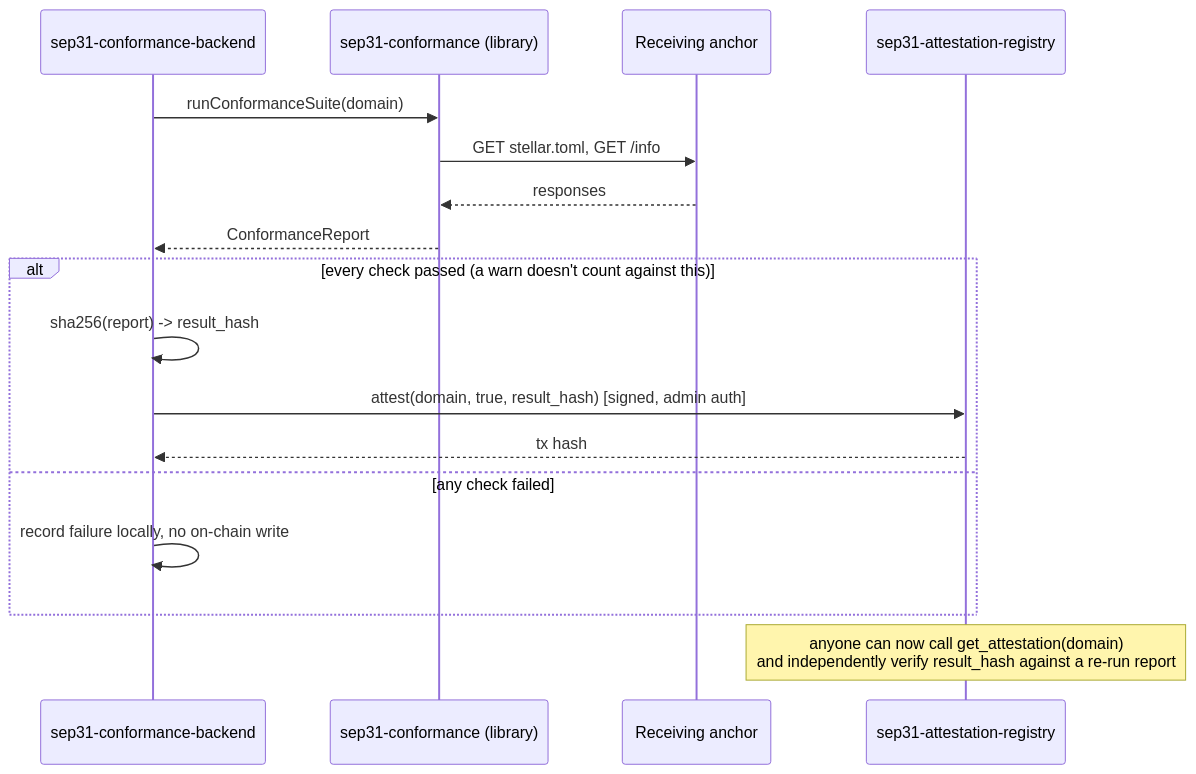
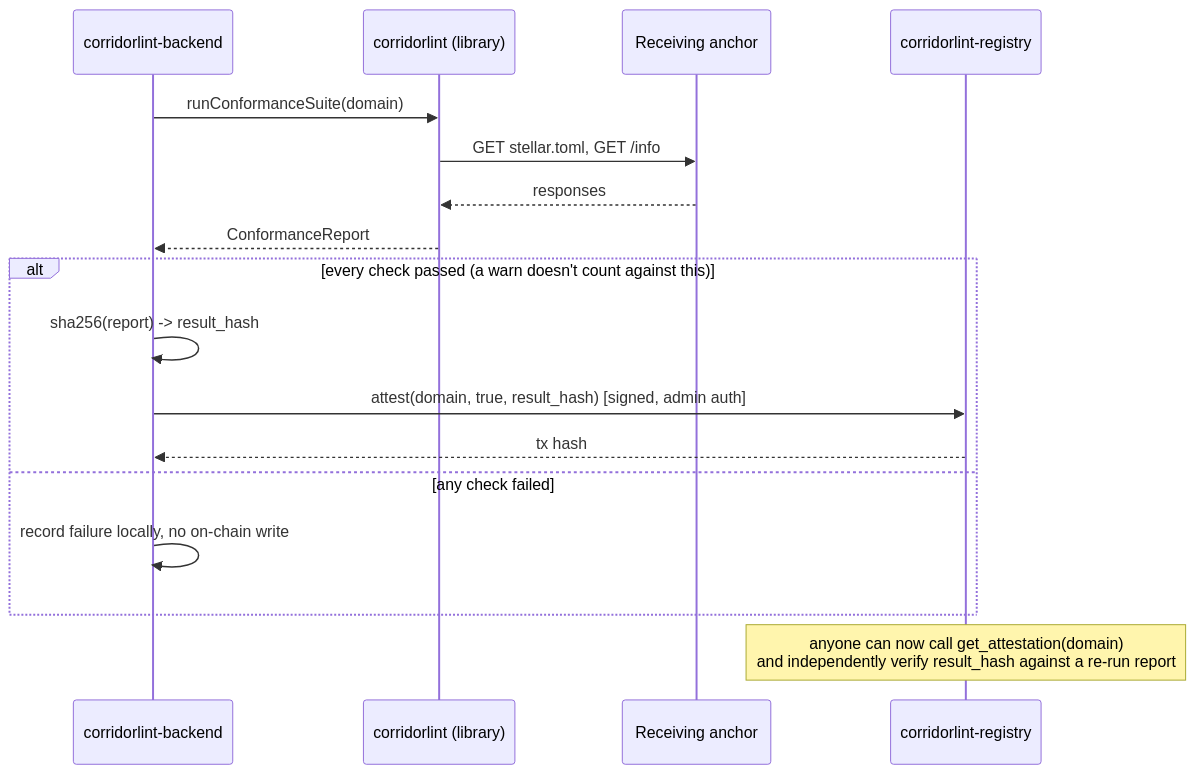
One commit to sep31-conformance/sep31-attestation-registry changed the third of 3 diagrams in README.md. Above: the diagram before and after it, drawn with Mermaid. The commit also changed other lines of this file and 1 other file, not shown here.

First line of the commit message:
Rename project from sep31-attestation-registry to corridorlint-registry

````diff
--- a/README.md
+++ b/README.md
@@ -150,20 +150,20 @@
 ```mermaid
 sequenceDiagram
-    participant Backend as sep31-conformance-backend
-    participant Checker as sep31-conformance (library)
+    participant Backend as corridorlint-backend
+    participant Checker as corridorlint (library)
     participant Anchor as Receiving anchor
-    participant Contract as sep31-attestation-registry
+    participant Contract as corridorlint-registry
 
     Backend->>Checker: runConformanceSuite(domain)
     Checker->>Anchor: GET stellar.toml, GET /info
     Anchor-->>Checker: responses
     Checker-->>Backend: ConformanceReport
     alt every check passed (a warn doesn't count against this)
         Backend->>Backend: sha256(report) -> result_hash
         Backend->>Contract: attest(domain, true, result_hash)  [signed, admin auth]
         Contract-->>Backend: tx hash
     else any check failed
         Backend->>Backend: record failure locally, no on-chain write
     end
     Note over Contract: anyone can now call get_attestation(domain)<br/>and independently verify result_hash against a re-run report
 ```
````
